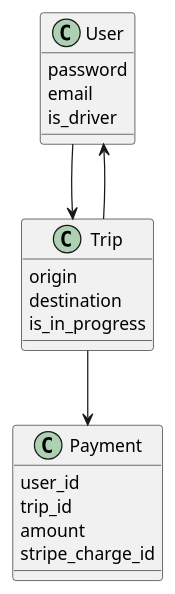
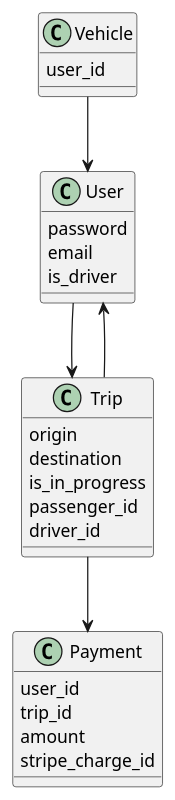
The diagram in diagrams/1-basic.plantuml (andrewhao/dddrail-talk), drawn with PlantUML before and after one commit. The commit also changed 8 other files, not shown here.

Commit message:
Refining diagrams.

```diff
--- a/diagrams/1-basic.plantuml
+++ b/diagrams/1-basic.plantuml
@@ -1,27 +1,34 @@
 @startuml
 skinparam shadowing false
 
 class User {
   password
   email
   is_driver
 }
 
 class Trip {
   origin
   destination
   is_in_progress
+  passenger_id
+  driver_id
 }
 
 class Payment {
   user_id
   trip_id
   amount
   stripe_charge_id
 }
 
+class Vehicle {
+  user_id
+}
+
 User --> Trip
 Trip --> User
 Trip --> Payment
+Vehicle --> User
 
 @enduml
```
